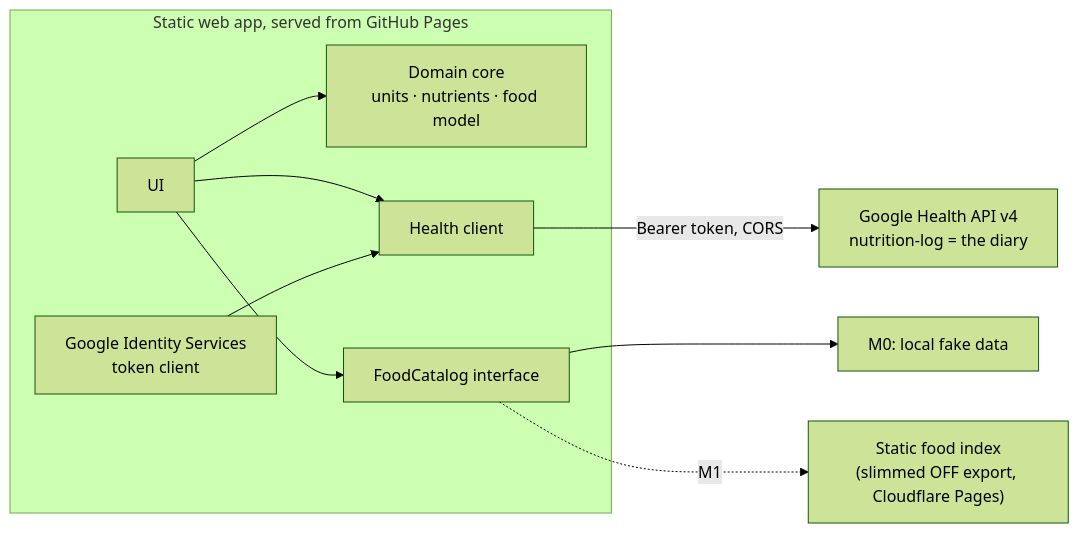
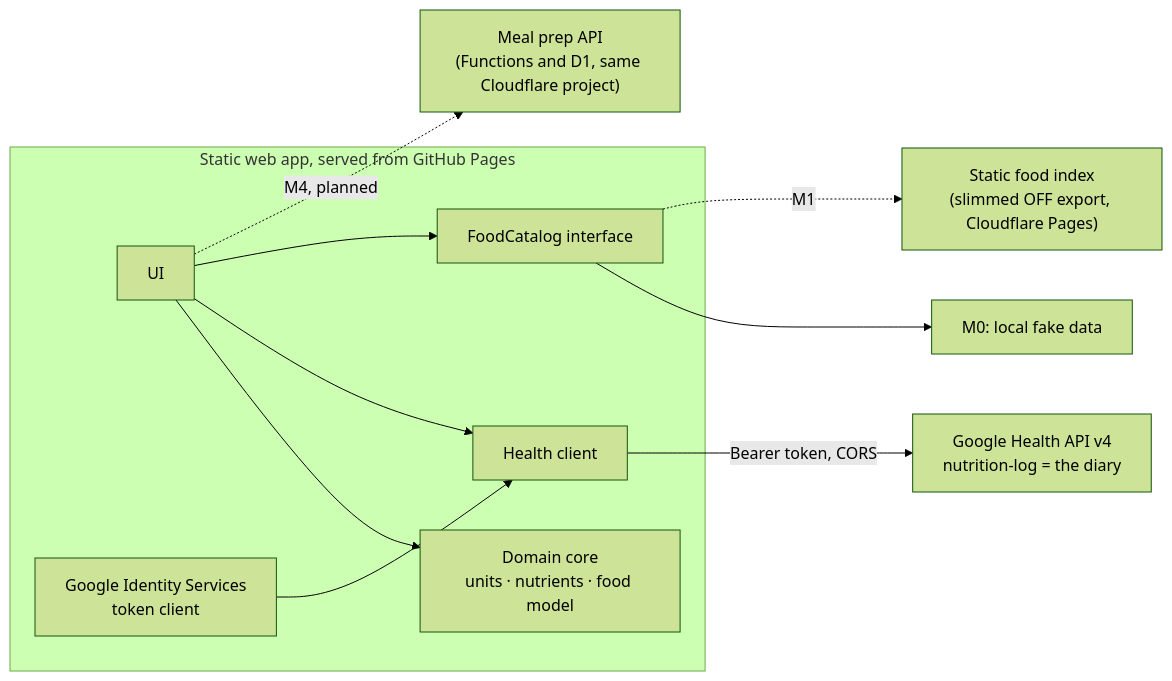
One commit to Froussios/fitbit-nutrition-portal changed the diagram in docs/ARCHITECTURE.md. Above: the diagram before and after it, drawn with Mermaid (forest theme). The commit also changed other lines of this file and 7 other files, not shown here.

First line of the commit message:
Record the meal prep design (DR-24) and remove the sign-in test (#59)

````diff
--- a/docs/ARCHITECTURE.md
+++ b/docs/ARCHITECTURE.md
@@ -40,12 +43,13 @@
 ```mermaid
 flowchart LR
   subgraph Browser["Static web app, served from GitHub Pages"]
     UI["UI"] --> Core["Domain core<br/>units · nutrients · food model"]
     UI --> HC["Health client"]
     UI --> FC["FoodCatalog interface"]
     Auth["Google Identity Services<br/>token client"] --> HC
   end
   HC -- "Bearer token, CORS" --> GHAPI["Google Health API v4<br/>nutrition-log = the diary"]
   FC --> Fake["M0: local fake data"]
   FC -. "M1" .-> Index["Static food index<br/>(slimmed OFF export, Cloudflare Pages)"]
+  UI -. "M4, planned" .-> Prep["Meal prep API<br/>(Functions and D1, same Cloudflare project)"]
 ```
````
